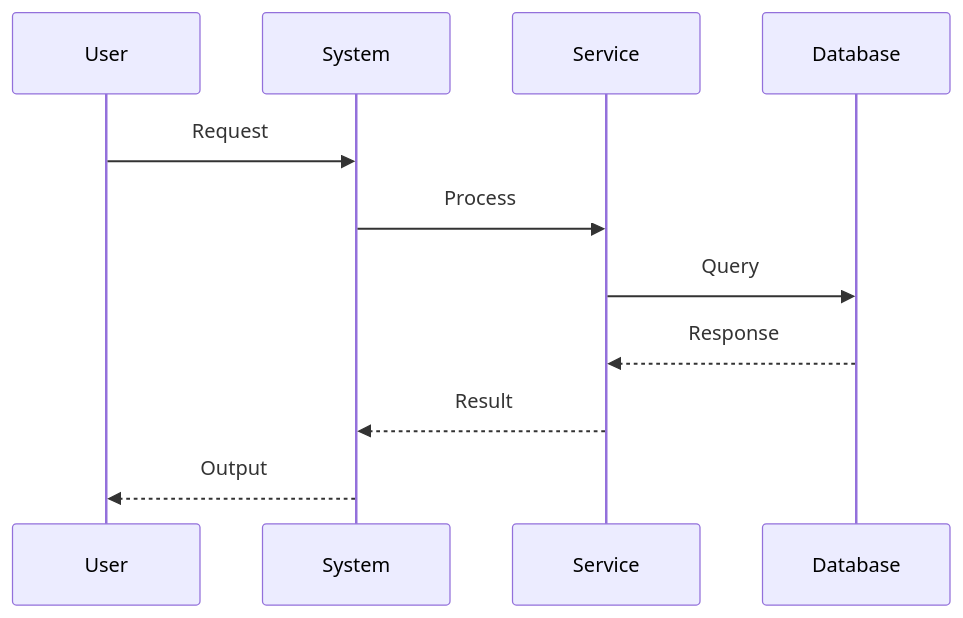
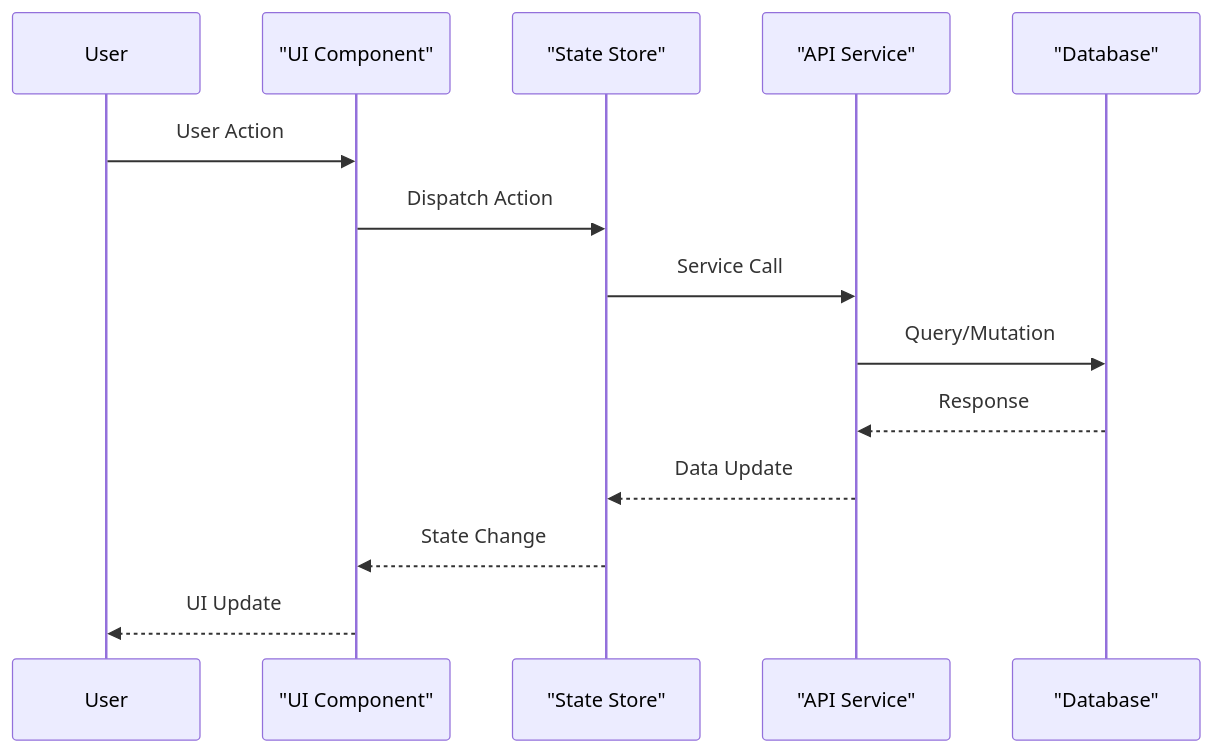
The second of 9 diagrams in src/KoalaWiki/Prompts/Warehouse/GenerateDocsApplications.md (xincheng213618/OpenDeepWiki), drawn with Mermaid before and after one commit. The commit also changed other lines of this file and 31 other files, not shown here.

````diff
--- a/src/KoalaWiki/Prompts/Warehouse/GenerateDocsApplications.md
+++ b/src/KoalaWiki/Prompts/Warehouse/GenerateDocsApplications.md
@@ -102,13 +170,17 @@
 ```mermaid
 sequenceDiagram
     participant User
-    participant System
-    participant Service
-    participant Database
-    User->>System: Request
-    System->>Service: Process
-    Service->>Database: Query
-    Database-->>Service: Response
-    Service-->>System: Result
-    System-->>User: Output
+    participant UI as "UI Component"
+    participant Store as "State Store"
+    participant API as "API Service"
+    participant DB as "Database"
+    
+    User->>UI: User Action
+    UI->>Store: Dispatch Action
+    Store->>API: Service Call
+    API->>DB: Query/Mutation
+    DB-->>API: Response
+    API-->>Store: Data Update
+    Store-->>UI: State Change
+    UI-->>User: UI Update
 ```
````
